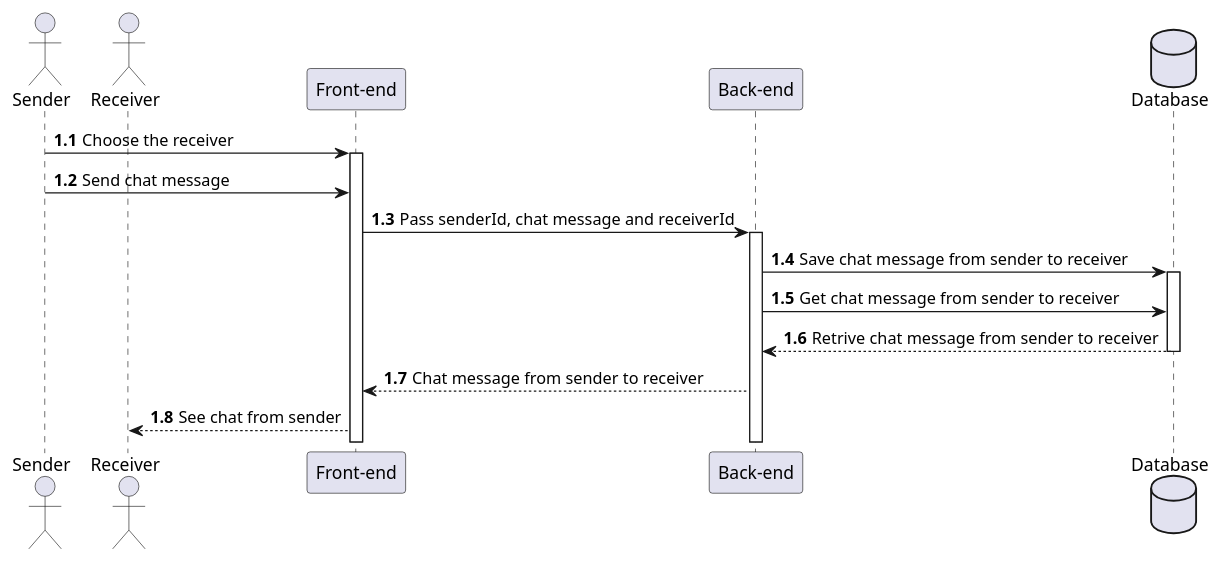
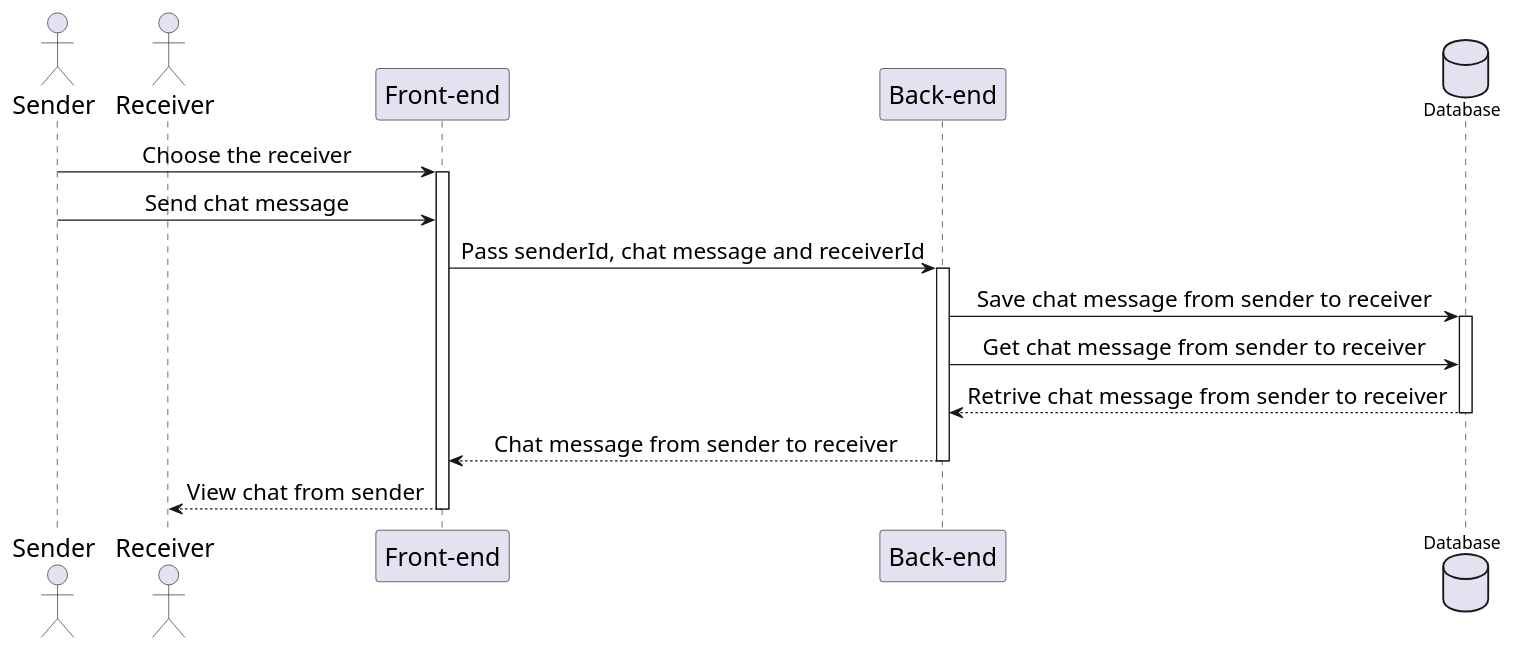
One commit to HTPhong-276/iCoaching-Diagrams changed the diagram in Sequences_diagrams/Chat.pu. Above: the diagram before and after it, drawn with PlantUML. The commit also changed 75 other files, not shown here.

Commit message:
Update Sequences_diagrams

```diff
--- a/Sequences_diagrams/Chat.pu
+++ b/Sequences_diagrams/Chat.pu
@@ -1,20 +1,28 @@
 @startuml Chat
+skinparam sequenceMessageAlign center
+skinparam sequenceGroupFontSize 20
+skinparam sequenceGroupHeaderFontSize 20
+skinparam sequence {
+    ParticipantFontSize 20
+    ActorFontSize 20
+    DatabaseFontSize 20
+    ArrowFontSize 18
+} 
 actor Sender as sender
 actor Receiver as receiver
 participant "Front-end" as client
 participant "Back-end" as server
 database "Database" as db
-
-autonumber 1.1 "<b>0:"
 
 sender -> client++ : Choose the receiver
 sender -> client : Send chat message
 client -> server++ : Pass senderId, chat message and receiverId
 server -> db++ : Save chat message from sender to receiver
 server -> db : Get chat message from sender to receiver
 db --> server : Retrive chat message from sender to receiver
 deactivate db
 server --> client : Chat message from sender to receiver
-client --> receiver : See chat from sender
-
+deactivate server
+client --> receiver : View chat from sender
+deactivate client
 @enduml
```
